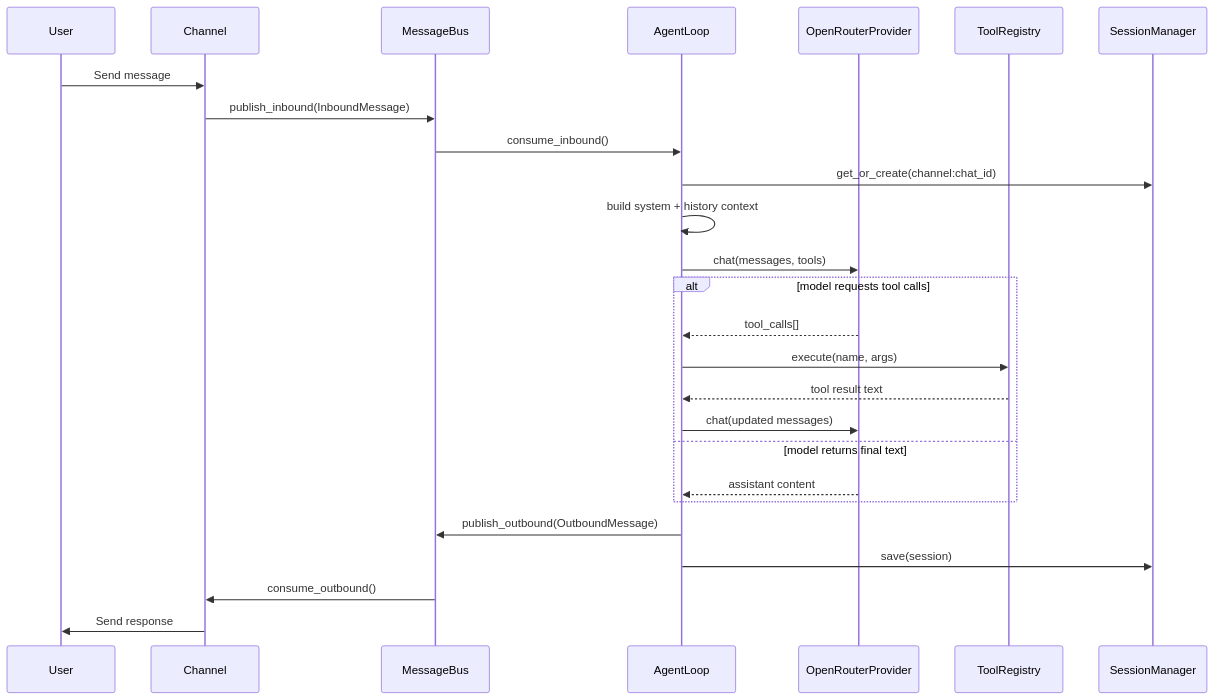
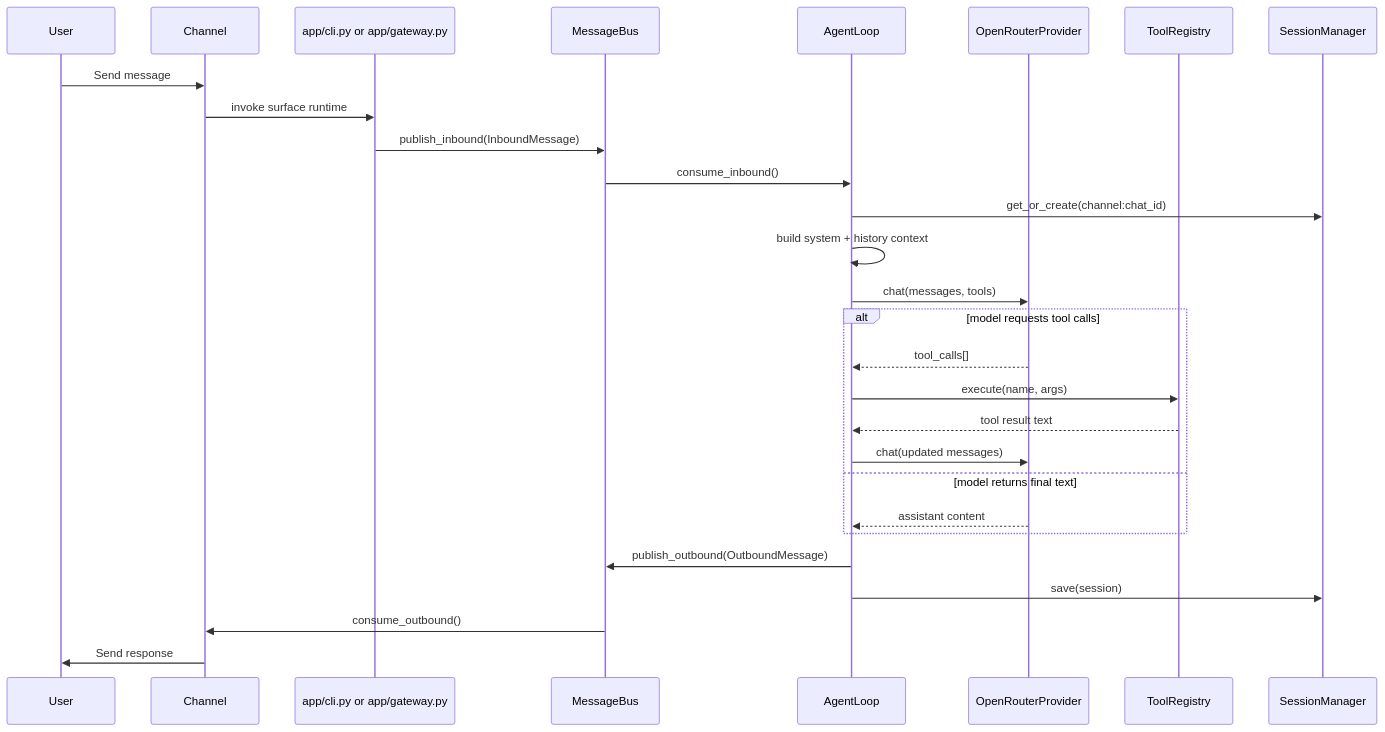
One commit to milescole/sideclaw changed the diagram in TECHNICAL.md. Above: the diagram before and after it, drawn with Mermaid. The commit also changed other lines of this file and 13 other files, not shown here.

````diff
--- a/TECHNICAL.md
+++ b/TECHNICAL.md
@@ -32,31 +33,33 @@
 ```mermaid
 sequenceDiagram
     participant User
     participant Channel
+    participant App as app/cli.py or app/gateway.py
     participant Bus as MessageBus
     participant Agent as AgentLoop
     participant LLM as OpenRouterProvider
     participant Tools as ToolRegistry
     participant Session as SessionManager
 
     User->>Channel: Send message
-    Channel->>Bus: publish_inbound(InboundMessage)
+    Channel->>App: invoke surface runtime
+    App->>Bus: publish_inbound(InboundMessage)
     Bus->>Agent: consume_inbound()
     Agent->>Session: get_or_create(channel:chat_id)
     Agent->>Agent: build system + history context
     Agent->>LLM: chat(messages, tools)
 
     alt model requests tool calls
         LLM-->>Agent: tool_calls[]
         Agent->>Tools: execute(name, args)
         Tools-->>Agent: tool result text
         Agent->>LLM: chat(updated messages)
     else model returns final text
         LLM-->>Agent: assistant content
     end
 
     Agent->>Bus: publish_outbound(OutboundMessage)
     Agent->>Session: save(session)
     Bus->>Channel: consume_outbound()
     Channel->>User: Send response
 ```
````
